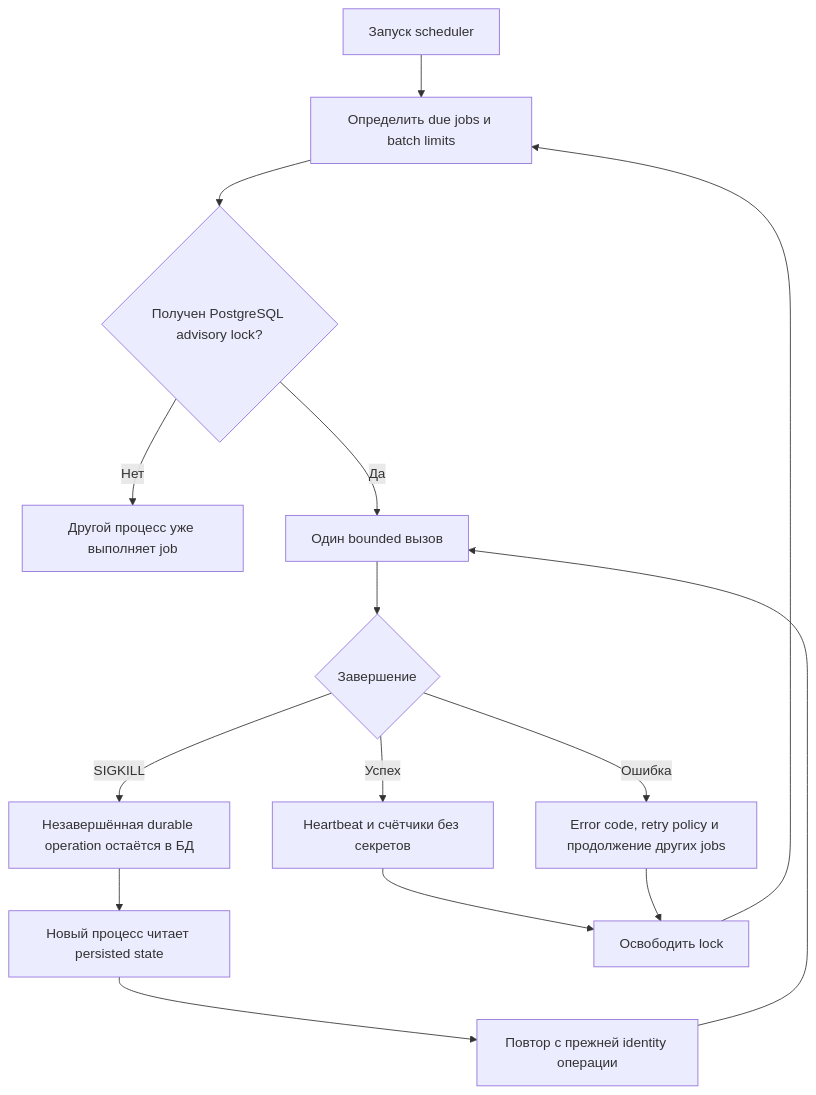
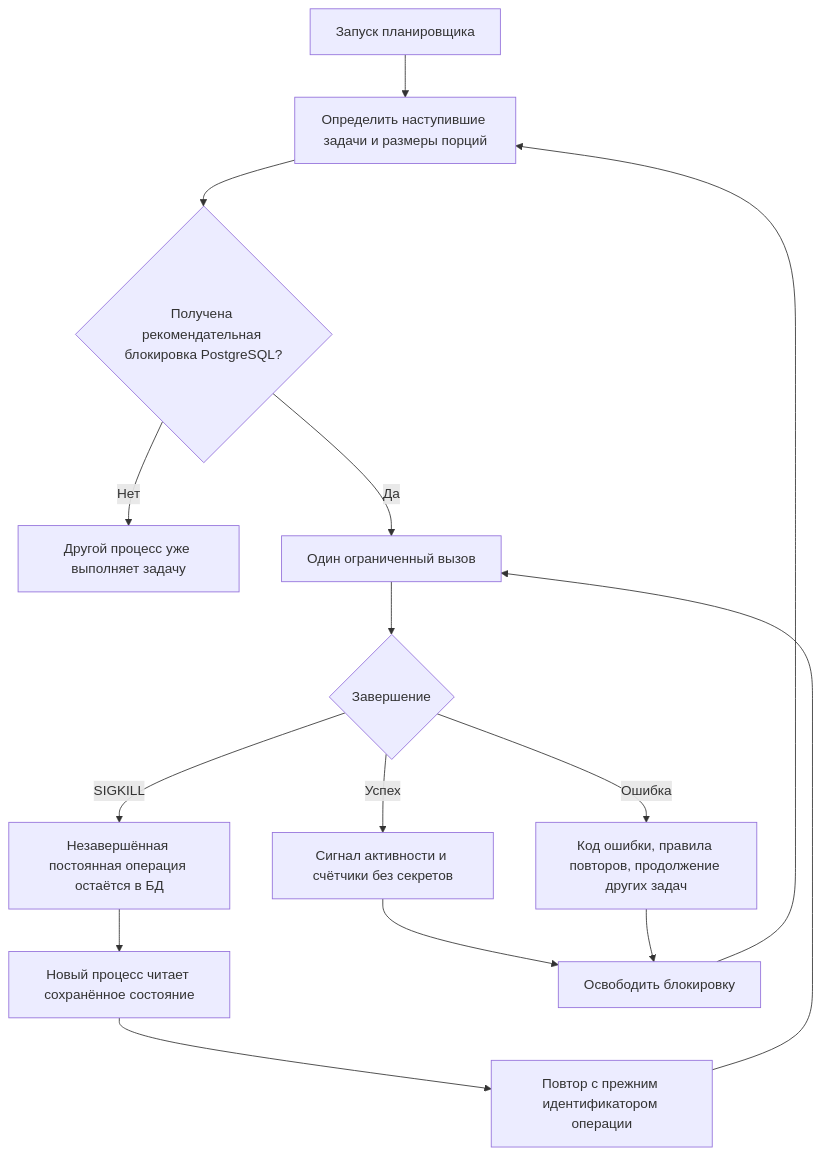
The diagram in docs/processes/13-workers.mmd (YCleffo/Platform), drawn with Mermaid before and after one commit. The commit also changed 188 other files, not shown here.

```diff
--- a/docs/processes/13-workers.mmd
+++ b/docs/processes/13-workers.mmd
@@ -1,15 +1,15 @@
 flowchart TD
-  Supervisor[Запуск scheduler] --> Tick[Определить due jobs и batch limits]
-  Tick --> Lock{Получен PostgreSQL advisory lock?}
-  Lock -->|Нет| Skip[Другой процесс уже выполняет job]
-  Lock -->|Да| Run[Один bounded вызов]
+  Supervisor[Запуск планировщика] --> Tick[Определить наступившие задачи и размеры порций]
+  Tick --> Lock{Получена рекомендательная блокировка PostgreSQL?}
+  Lock -->|Нет| Skip[Другой процесс уже выполняет задачу]
+  Lock -->|Да| Run[Один ограниченный вызов]
   Run --> Outcome{Завершение}
-  Outcome -->|Успех| Status[Heartbeat и счётчики без секретов]
-  Outcome -->|Ошибка| Failed[Error code, retry policy и продолжение других jobs]
-  Outcome -->|SIGKILL| Durable[Незавершённая durable operation остаётся в БД]
-  Durable --> Restart[Новый процесс читает persisted state]
-  Restart --> Resume[Повтор с прежней identity операции]
+  Outcome -->|Успех| Status[Сигнал активности и счётчики без секретов]
+  Outcome -->|Ошибка| Failed[Код ошибки, правила повторов, продолжение других задач]
+  Outcome -->|SIGKILL| Durable[Незавершённая постоянная операция остаётся в БД]
+  Durable --> Restart[Новый процесс читает сохранённое состояние]
+  Restart --> Resume[Повтор с прежним идентификатором операции]
   Resume --> Run
-  Status --> Unlock[Освободить lock]
+  Status --> Unlock[Освободить блокировку]
   Failed --> Unlock
   Unlock --> Tick
```
